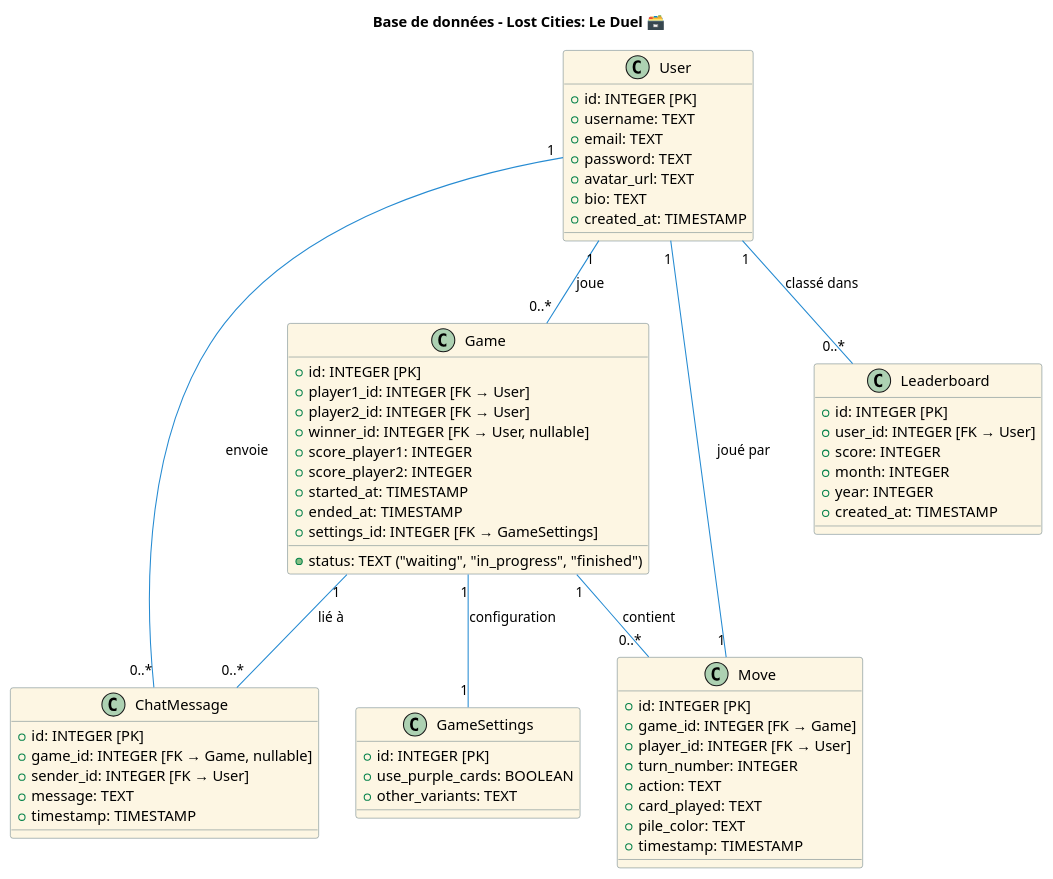
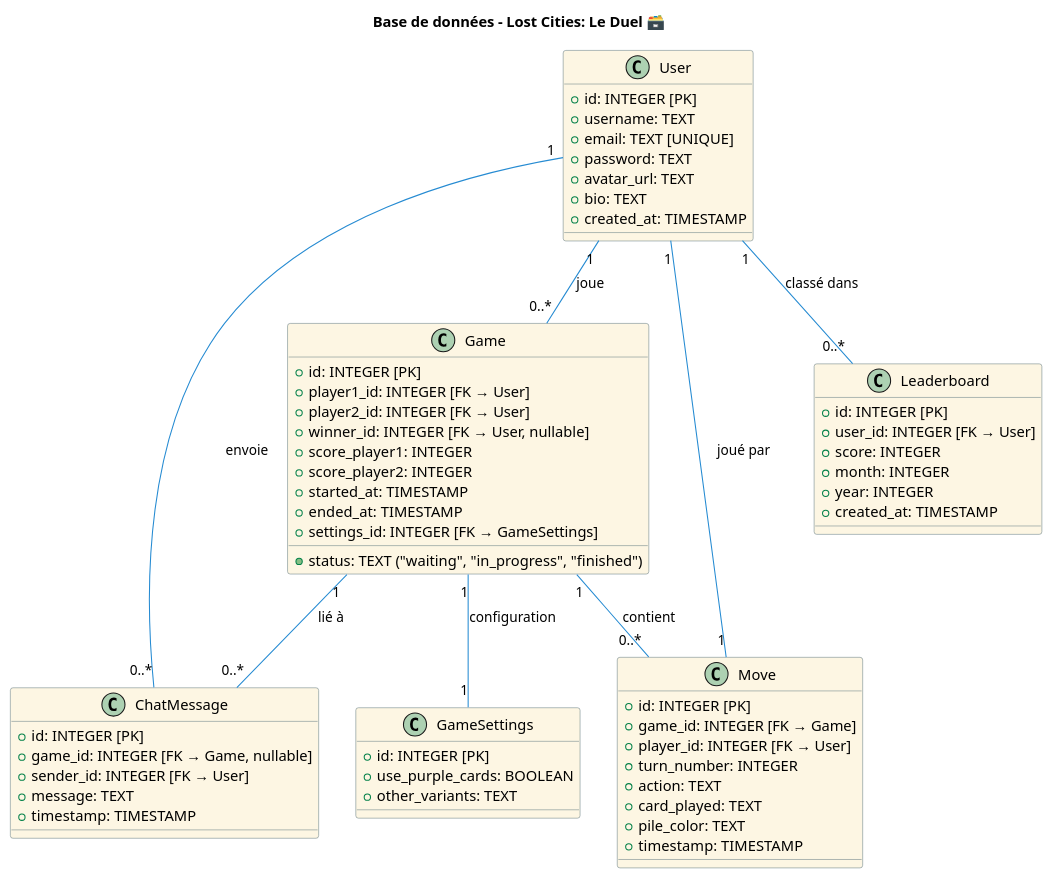
The diagram in database/UML.puml (Swanidoo/LostCities), drawn with PlantUML before and after one commit.

Commit message:
J'ai ajouté unique à email dans l'UML

```diff
--- a/database/UML.puml
+++ b/database/UML.puml
@@ -1,78 +1,78 @@
 @startuml LostCities UML
 title Base de données - Lost Cities: Le Duel 🗃️
 
 skinparam class {
   BackgroundColor #FDF6E3
   ArrowColor #268BD2
   BorderColor #657B83
   FontName "Segoe UI"
 }
 
 '-------------------------------
 class User {
   +id: INTEGER [PK]
   +username: TEXT
-  +email: TEXT
+  +email: TEXT [UNIQUE]
   +password: TEXT
   +avatar_url: TEXT
   +bio: TEXT
   +created_at: TIMESTAMP
 }
 
 class Game {
   +id: INTEGER [PK]
   +player1_id: INTEGER [FK → User]
   +player2_id: INTEGER [FK → User]
   +status: TEXT ("waiting", "in_progress", "finished")
   +winner_id: INTEGER [FK → User, nullable]
   +score_player1: INTEGER
   +score_player2: INTEGER
   +started_at: TIMESTAMP
   +ended_at: TIMESTAMP
   +settings_id: INTEGER [FK → GameSettings]
 }
 
 class GameSettings {
   +id: INTEGER [PK]
   +use_purple_cards: BOOLEAN
   +other_variants: TEXT
 }
 
 class Move {
   +id: INTEGER [PK]
   +game_id: INTEGER [FK → Game]
   +player_id: INTEGER [FK → User]
   +turn_number: INTEGER
   +action: TEXT
   +card_played: TEXT
   +pile_color: TEXT
   +timestamp: TIMESTAMP
 }
 
 class ChatMessage {
   +id: INTEGER [PK]
   +game_id: INTEGER [FK → Game, nullable]
   +sender_id: INTEGER [FK → User]
   +message: TEXT
   +timestamp: TIMESTAMP
 }
 
 class Leaderboard {
   +id: INTEGER [PK]
   +user_id: INTEGER [FK → User]
   +score: INTEGER
-  +month: INTEGER
+  +month: INTEGER 
   +year: INTEGER
   +created_at: TIMESTAMP
 }
 
 '-------------------------------
 User "1" -- "0..*" Game : joue
 Game "1" -- "0..*" Move : contient
 Game "1" -- "0..*" ChatMessage : lié à
 User "1" -- "0..*" ChatMessage : envoie
 User "1" -- "0..*" Leaderboard : classé dans
 Game "1" -- "1" GameSettings : configuration
 Move "1" -- "1" User : joué par
 
 @enduml
```
